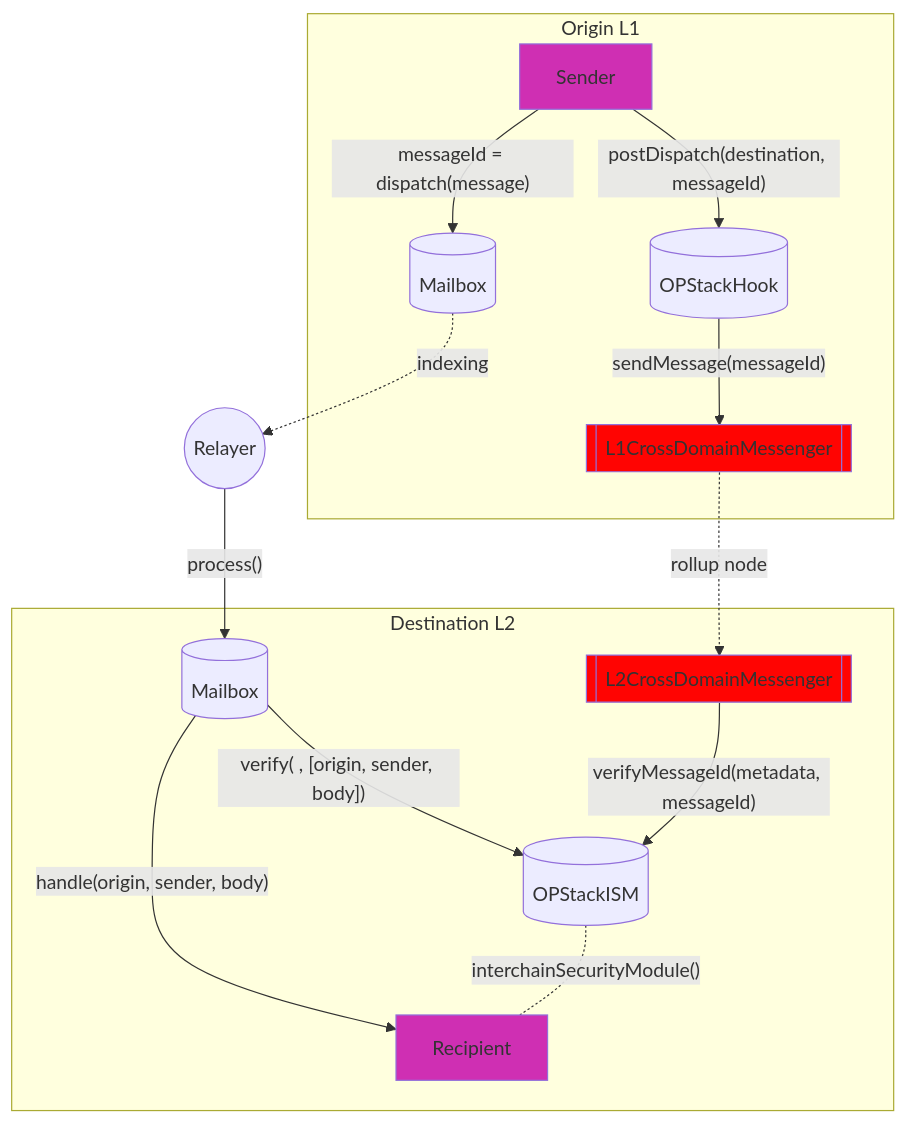
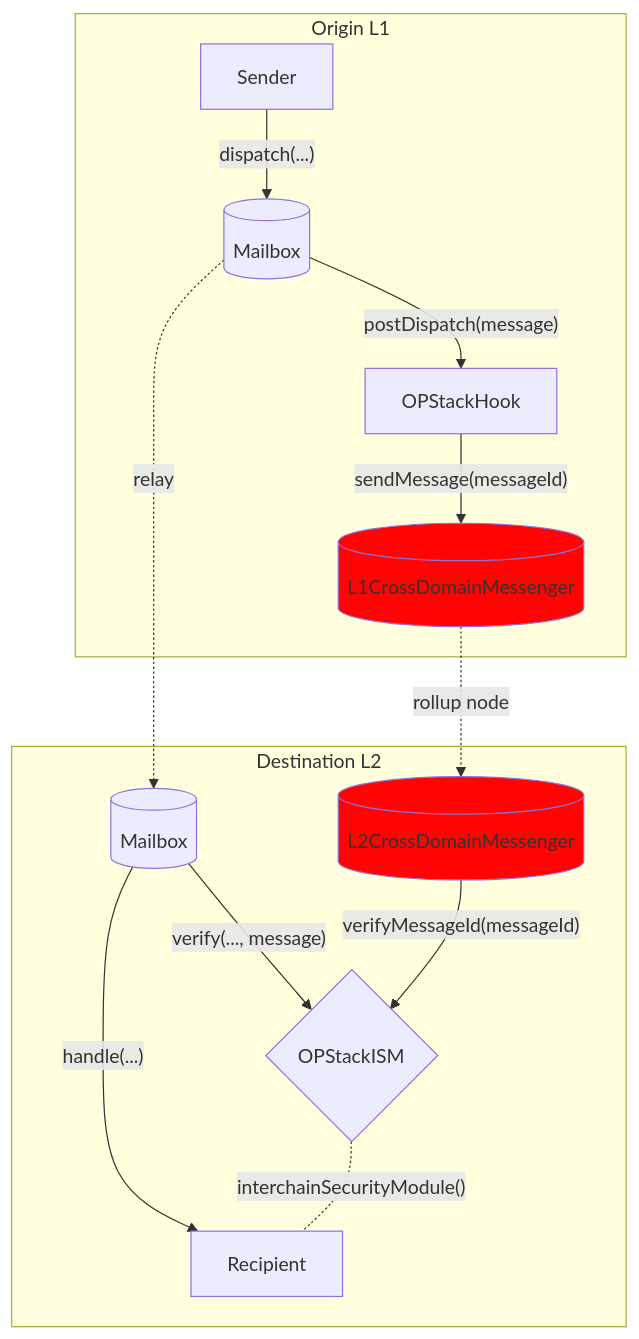
Before and after one commit to hyperlane-xyz/v3-docs: the diagram in docs/reference/hooks/op-stack.mdx, drawn with Mermaid. The commit also changed other lines of this file and 3 other files, not shown here.

````diff
--- a/docs/reference/hooks/op-stack.mdx
+++ b/docs/reference/hooks/op-stack.mdx
@@ -10,41 +18,32 @@
 ```mermaid
 flowchart TB
-    Relayer((Relayer))
-
     subgraph Origin L1
       Sender
       M_O[(Mailbox)]
-      Hook[(OPStackHook)]
-      L_1[[L1CrossDomainMessenger]]
+      Hook[OPStackHook]
+      L_1[(L1CrossDomainMessenger)]
 
-      Sender -- "messageId = dispatch(message)" --> M_O
-      Sender -- "postDispatch(destination, messageId)" --> Hook
+      Sender -- "dispatch(...)" --> M_O
+      M_O -- "postDispatch(message)" --> Hook
       Hook -- "sendMessage(messageId)" --> L_1
     end
 
-
-    M_O -. "indexing" .-> Relayer
+    M_O -. "relay" .-> M_D
     L_1 -. "rollup node" .-> L_2
-
 
     subgraph Destination L2
       Recipient
       M_D[(Mailbox)]
-      ISM[(OPStackISM)]
-      L_2[[L2CrossDomainMessenger]]
+      ISM{OPStackISM}
+      L_2[(L2CrossDomainMessenger)]
 
-      M_D -- "verify( , [origin, sender, body])" --> ISM
-      M_D -- "handle(origin, sender, body)" --> Recipient
+      M_D -- "verify(..., message)" --> ISM
+      M_D -- "handle(...)" --> Recipient
       ISM -. "interchainSecurityModule()" .- Recipient
 
-      L_2 -- "verifyMessageId(metadata, messageId)" --> ISM
+      L_2 -- "verifyMessageId(messageId)" --> ISM
     end
 
-    Relayer -- "process()" --> M_D
-
-
-    style Sender fill: #cf2fb3
-    style Recipient fill:#cf2fb3
     style L_1 fill: #ff0402
     style L_2 fill: #ff0402
 ```
````
